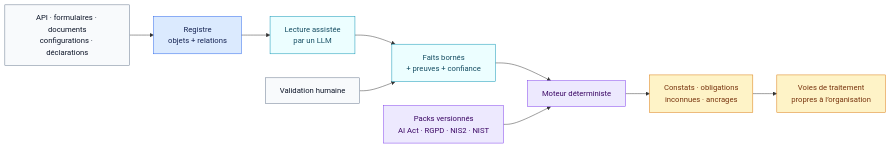
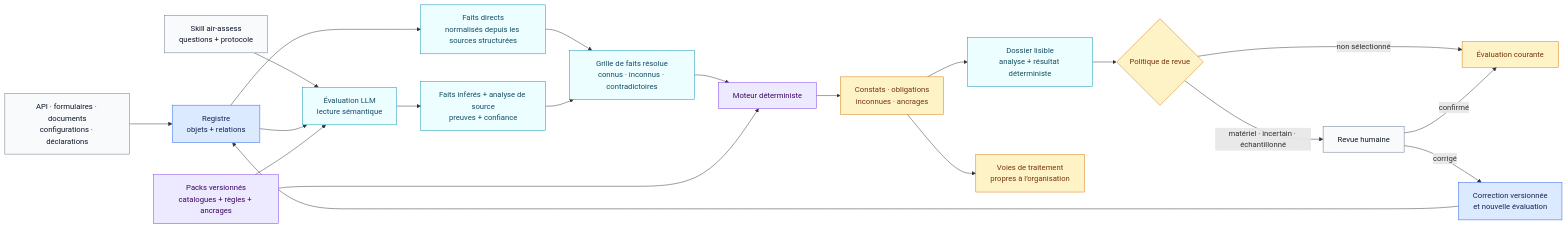
Before and after one commit to NickChaps/Open-AIRS: the second of 3 diagrams in README.fr.md, drawn with Mermaid. The commit also changed other lines of this file and 41 other files, not shown here.

````diff
--- a/README.fr.md
+++ b/README.fr.md
@@ -75,22 +75,33 @@
 ```mermaid
 flowchart LR
     S["API · formulaires · documents<br/>configurations · déclarations"] --> G["Registre<br/>objets + relations"]
-    G --> L["Lecture assistée<br/>par un LLM"]
-    L --> F["Faits bornés<br/>+ preuves + confiance"]
-    H["Validation humaine"] --> F
+    G --> D["Faits directs<br/>normalisés depuis les sources structurées"]
+    K["Skill air-assess<br/>questions + protocole"] --> L["Évaluation LLM<br/>lecture sémantique"]
+    G --> L
+    P["Packs versionnés<br/>catalogues + règles + ancrages"] --> L
+    L --> I["Faits inférés + analyse de source<br/>preuves + confiance"]
+    D --> F["Grille de faits résolue<br/>connus · inconnus · contradictoires"]
+    I --> F
     F --> E["Moteur déterministe"]
-    P["Packs versionnés<br/>AI Act · RGPD · NIS2 · NIST"] --> E
+    P --> E
     E --> R["Constats · obligations<br/>inconnues · ancrages"]
+    R --> N["Dossier lisible<br/>analyse + résultat déterministe"]
+    N --> Q{"Politique de revue"}
+    Q -->|"matériel · incertain · échantillonné"| H["Revue humaine"]
+    Q -->|"non sélectionné"| C["Évaluation courante"]
+    H -->|"confirmé"| C
+    H -->|"corrigé"| G2["Correction versionnée<br/>et nouvelle évaluation"]
+    G2 --> G
     R --> O["Voies de traitement<br/>propres à l’organisation"]
 
     classDef input fill:#f8fafc,stroke:#64748b,color:#0f172a
     classDef registry fill:#dbeafe,stroke:#2563eb,color:#172554
     classDef facts fill:#ecfeff,stroke:#0891b2,color:#164e63
     classDef rules fill:#ede9fe,stroke:#7c3aed,color:#3b0764
     classDef result fill:#fef3c7,stroke:#d97706,color:#78350f
-    class S,H input
-    class G registry
-    class L,F facts
+    class S,H,K input
+    class G,G2 registry
+    class D,L,I,F,N facts
     class E,P rules
-    class R,O result
+    class R,O,Q,C result
 ```
````
